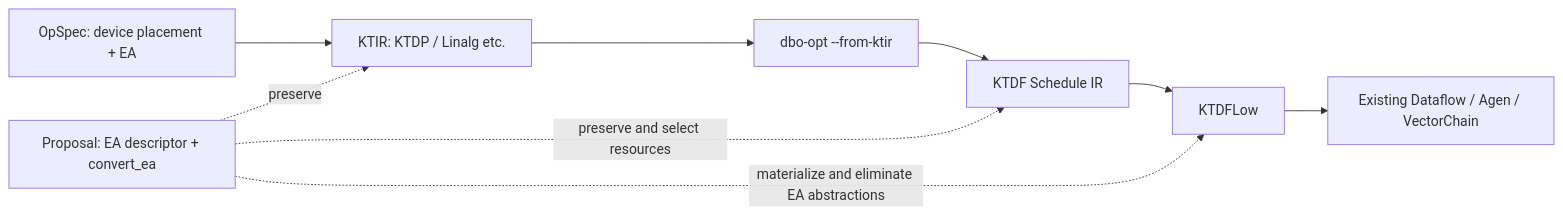
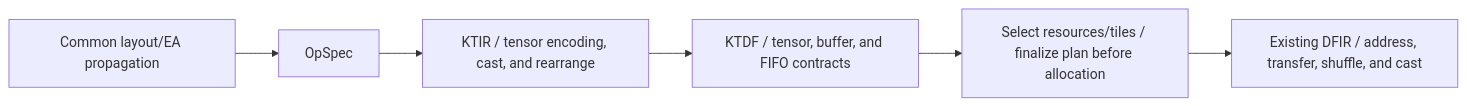
The diagram in docs/element-arrangement/element-arrangement-study.md (kiszk/triton), drawn with Mermaid before and after one commit. The commit also changed other lines of this file and 1 other file, not shown here.

Commit message:
update ktdf part

````diff
--- a/docs/element-arrangement/element-arrangement-study.md
+++ b/docs/element-arrangement/element-arrangement-study.md
@@ -407,11 +347,8 @@
 ```mermaid
 flowchart LR
-  O[OpSpec: device placement + EA] --> K[KTIR: KTDP / Linalg etc.]
-  K --> B[dbo-opt --from-ktir]
-  B --> T[KTDF Schedule IR]
-  T --> L[KTDFLow]
-  L --> D[Existing Dataflow / Agen / VectorChain]
-  E[Proposal: EA descriptor + convert_ea] -. preserve .-> K
-  E -. preserve and select resources .-> T
-  E -. materialize and eliminate EA abstractions .-> L
+  A[Common layout/EA propagation] --> B[OpSpec]
+  B --> C[KTIR / tensor encoding, cast, and rearrange]
+  C --> D[KTDF / tensor, buffer, and FIFO contracts]
+  D --> E[Select resources/tiles / finalize plan before allocation]
+  E --> F[Existing DFIR / address, transfer, shuffle, and cast]
 ```
````
